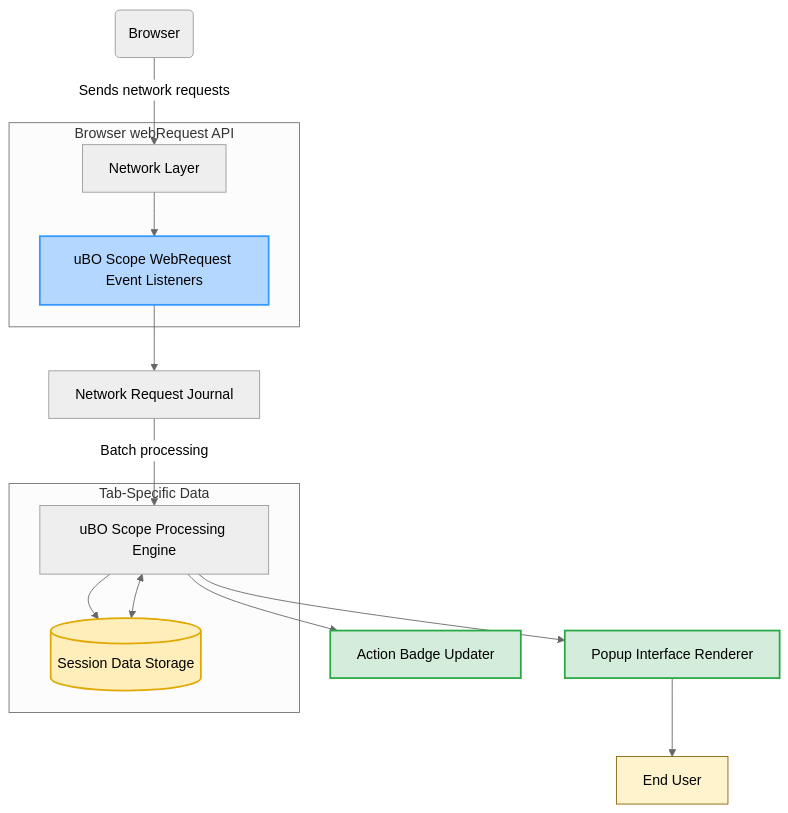
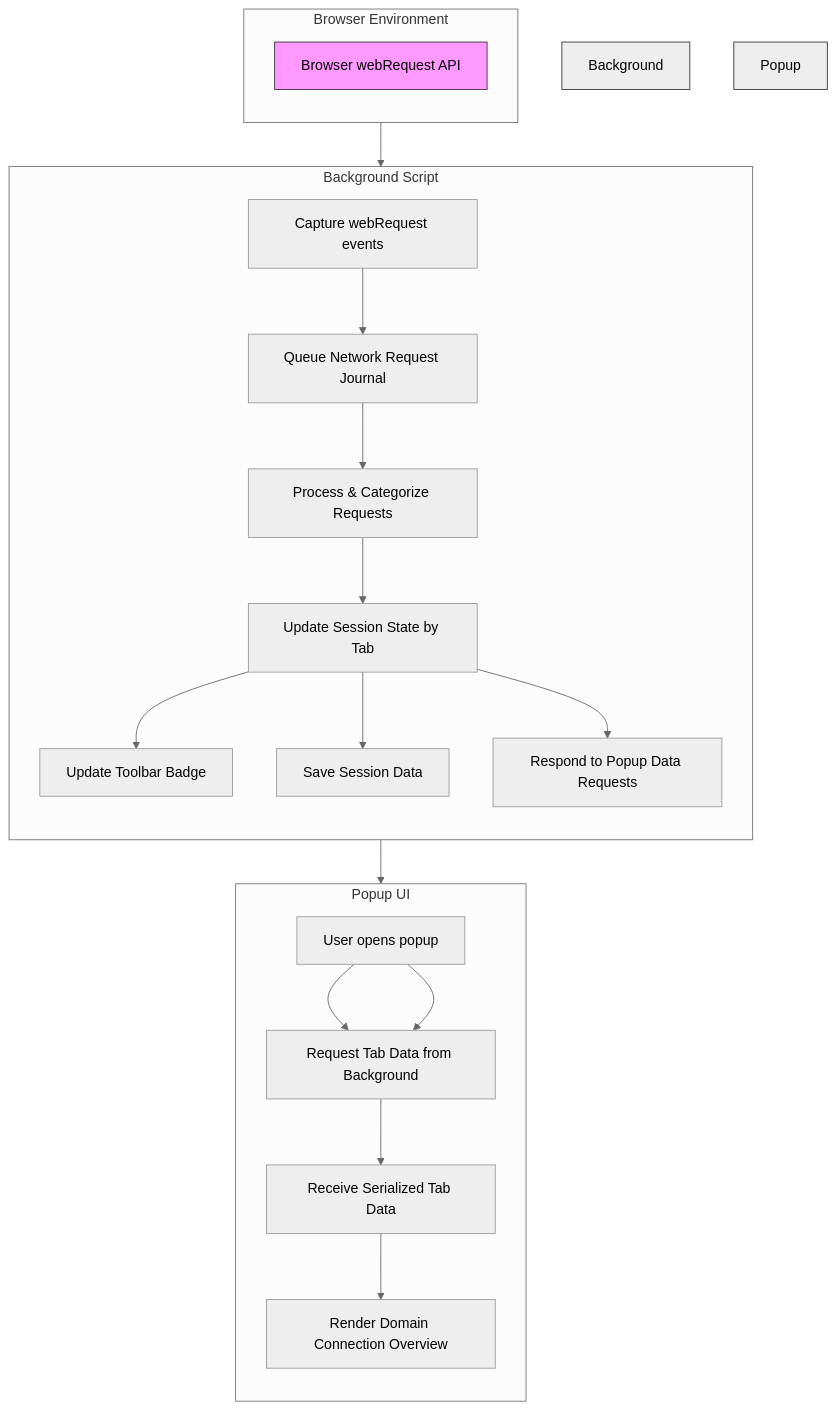
The diagram in overview/core-concepts-architecture/how-it-works-architecture.mdx (clidey/docucod-public-project-adf15a81-508f-4f0d-9083-12549e1f66a0), drawn with Mermaid (neutral theme) before and after one commit. The commit also changed other lines of this file and 20 other files, not shown here.

````diff
--- a/overview/core-concepts-architecture/how-it-works-architecture.mdx
+++ b/overview/core-concepts-architecture/how-it-works-architecture.mdx
@@ -63,29 +44,33 @@
 ```mermaid
 flowchart TD
-  Browser(Browser) -->|Sends network requests| NetworkLayer["Network Layer"]
-  subgraph "Browser webRequest API"
-    NetworkLayer --> WebRequestListener["uBO Scope WebRequest Event Listeners"]
-  end
-  WebRequestListener --> Queue["Network Request Journal"]
-  Queue -->|Batch processing| RequestProcessor["uBO Scope Processing Engine"]
-  RequestProcessor --> SessionStorage[("Session Data Storage")]
-  RequestProcessor --> BadgeUpdater["Action Badge Updater"]
-  RequestProcessor --> PopupUI["Popup Interface Renderer"]
-  PopupUI --> User["End User"]
 
-  subgraph "Tab-Specific Data"
-    SessionStorage <--> RequestProcessor
+  subgraph Browser Environment
+    direction TB
+    WebRequestAPI["Browser webRequest API"]
   end
 
-  classDef storage fill:#ffeeba,stroke:#e0a800,stroke-width:2px;
-  class SessionStorage storage;
+  subgraph Background Script
+    direction TB
+    CaptureRequests["Capture webRequest events"] --> QueueJournal["Queue Network Request Journal"]
+    QueueJournal --> ProcessJournal["Process & Categorize Requests"]
+    ProcessJournal --> UpdateSession["Update Session State by Tab"]
+    UpdateSession --> UpdateBadge["Update Toolbar Badge"]
+    UpdateSession --> StoreSession["Save Session Data"]
+    UpdateSession --> RespondPopup["Respond to Popup Data Requests"]
+  end
 
-  classDef api fill:#b3d7ff,stroke:#3399ff,stroke-width:2px;
-  class WebRequestListener api;
+  subgraph Popup UI
+    direction TB
+    UserOpensPopup["User opens popup"] --> RequestData["Request Tab Data from Background"]
+    RequestData --> ReceiveData["Receive Serialized Tab Data"]
+    ReceiveData --> RenderUI["Render Domain Connection Overview"]
+  end
 
-  classDef ui fill:#d4edda,stroke:#28a745,stroke-width:2px;
-  class BadgeUpdater,PopupUI ui;
+  WebRequestAPI --> CaptureRequests
+  UserOpensPopup --> RequestData
+  RespondPopup --> ReceiveData
 
-  classDef user fill:#fff3cd,stroke:#856404,stroke-width:1px;
-  class User user;
+  style WebRequestAPI fill:#f9f,stroke:#333,stroke-width:1px
+  style Background Script fill:#bbf,stroke:#333,stroke-width:1px
+  style Popup UI fill:#bfb,stroke:#333,stroke-width:1px
 ```
````
